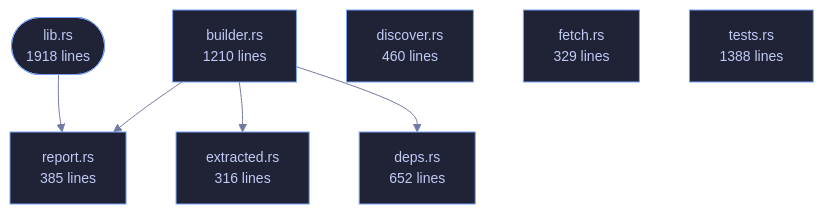
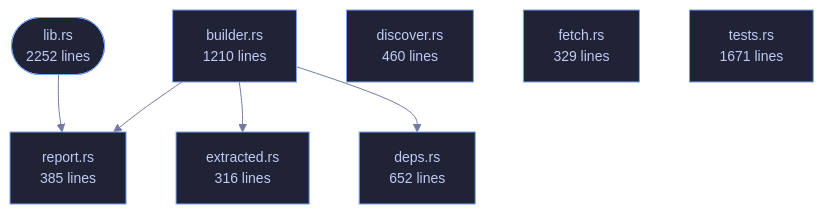
Before and after one commit to tilas01/veilvoice: the diagram in crates/veilvoice-verify/README.md, drawn with Mermaid. The commit also changed other lines of this file and 52 other files, not shown here.

First line of the commit message:
Roadmap 164: check what is inside an archive, and never trust the key it came with

````diff
--- a/crates/veilvoice-verify/README.md
+++ b/crates/veilvoice-verify/README.md
@@ -93,24 +93,24 @@
 ```mermaid
 %%{init: {"theme":"base","themeVariables":{"background":"#1a1b26","primaryColor":"#1f2335","primaryTextColor":"#c0caf5","primaryBorderColor":"#7aa2f7","secondaryColor":"#16161e","tertiaryColor":"#16161e","lineColor":"#737aa2","textColor":"#c0caf5","mainBkg":"#1f2335","nodeBorder":"#7aa2f7","clusterBkg":"#16161e","clusterBorder":"#2f3549","fontFamily":"ui-monospace, SFMono-Regular, Consolas, monospace","fontSize":"14px"}}}%%
 flowchart TD
-    n_lib(["lib.rs<br/>1918 lines"])
+    n_lib(["lib.rs<br/>2252 lines"])
     n_builder["builder.rs<br/>1210 lines"]
     n_deps["deps.rs<br/>652 lines"]
     n_discover["discover.rs<br/>460 lines"]
     n_extracted["extracted.rs<br/>316 lines"]
     n_fetch["fetch.rs<br/>329 lines"]
     n_report["report.rs<br/>385 lines"]
-    n_tests["tests.rs<br/>1388 lines"]
+    n_tests["tests.rs<br/>1671 lines"]
     n_builder --> n_deps
     n_builder --> n_extracted
     n_builder --> n_report
     n_lib --> n_report
     click n_lib href "https://github.com/tilas01/veilvoice/blob/main/crates/veilvoice-verify/src/lib.rs" "open the source"
     click n_builder href "https://github.com/tilas01/veilvoice/blob/main/crates/veilvoice-verify/src/builder.rs" "open the source"
     click n_deps href "https://github.com/tilas01/veilvoice/blob/main/crates/veilvoice-verify/src/deps.rs" "open the source"
     click n_discover href "https://github.com/tilas01/veilvoice/blob/main/crates/veilvoice-verify/src/discover.rs" "open the source"
     click n_extracted href "https://github.com/tilas01/veilvoice/blob/main/crates/veilvoice-verify/src/extracted.rs" "open the source"
     click n_fetch href "https://github.com/tilas01/veilvoice/blob/main/crates/veilvoice-verify/src/fetch.rs" "open the source"
     click n_report href "https://github.com/tilas01/veilvoice/blob/main/crates/veilvoice-verify/src/report.rs" "open the source"
     click n_tests href "https://github.com/tilas01/veilvoice/blob/main/crates/veilvoice-verify/src/tests.rs" "open the source"
 ```
````
